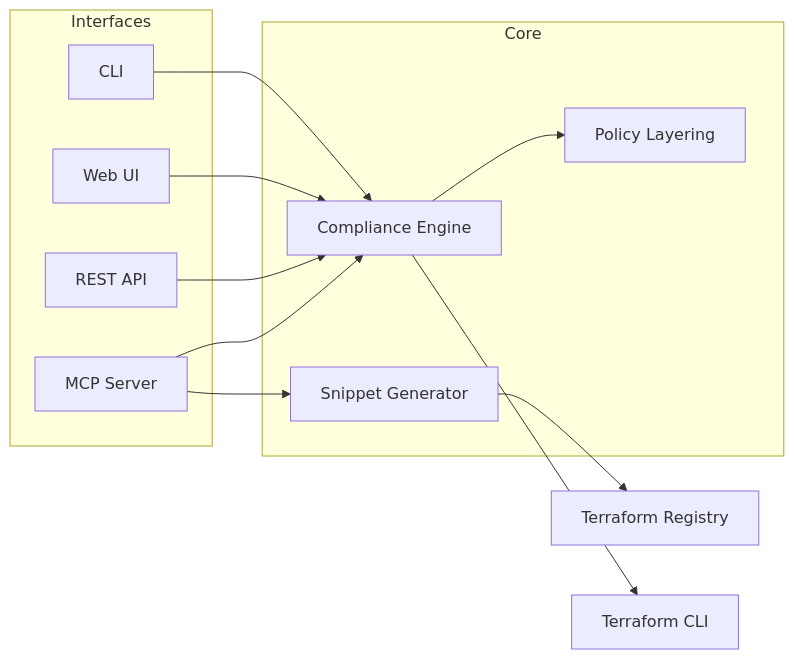
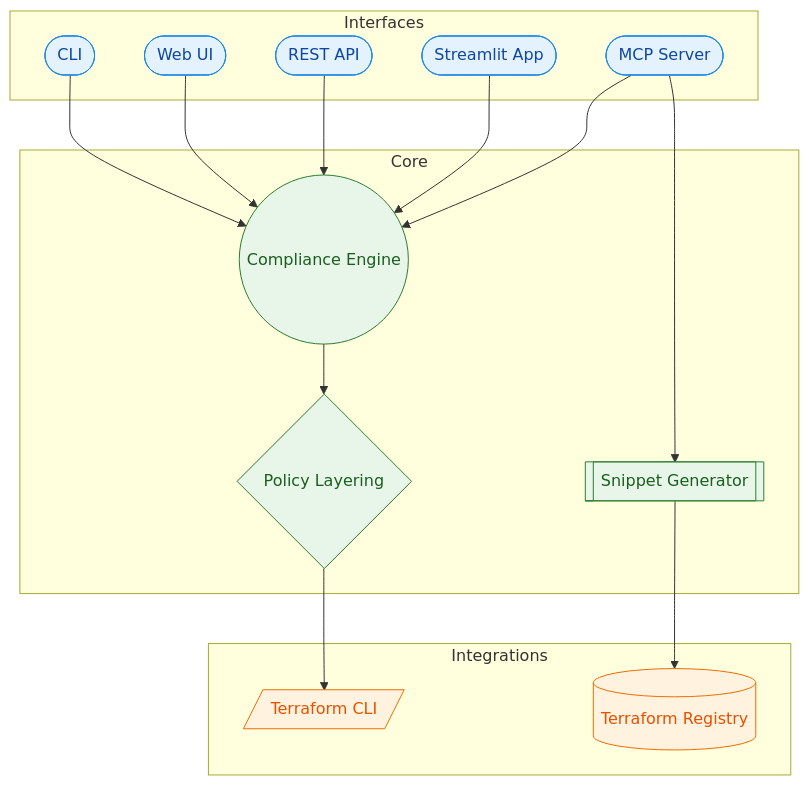
Before and after one commit to Huzefaaa2/terraform-guardrail: the third of 4 diagrams in README.md, drawn with Mermaid. The commit also changed 2 other files, not shown here.

Commit message:
Update high-level architecture diagrams

````diff
--- a/README.md
+++ b/README.md
@@ -85,27 +85,38 @@
 ```mermaid
-flowchart LR
+flowchart TB
     subgraph Interfaces
-        CLI[CLI]
-        MCP[MCP Server]
-        WEB[Web UI]
-        API[REST API]
+        CLI([CLI])
+        MCP([MCP Server])
+        WEB([Web UI])
+        API([REST API])
+        STL([Streamlit App])
     end
 
     subgraph Core
-        SCAN[Compliance Engine]
-        GEN[Snippet Generator]
-        POLICY[Policy Layering]
+        SCAN((Compliance Engine))
+        GEN[[Snippet Generator]]
+        POLICY{Policy Layering}
     end
 
-    REG[Terraform Registry]
-    TF[Terraform CLI]
+    subgraph Integrations
+        TF[/Terraform CLI/]
+        REG[(Terraform Registry)]
+    end
 
     CLI --> SCAN
     WEB --> SCAN
     API --> SCAN
+    STL --> SCAN
     MCP --> SCAN
     MCP --> GEN
-    SCAN --> TF
+    SCAN --> POLICY --> TF
     GEN --> REG
-    SCAN --> POLICY
+
+    classDef interface fill:#e3f2fd,stroke:#1e88e5,stroke-width:1px,color:#0d47a1;
+    classDef core fill:#e8f5e9,stroke:#2e7d32,stroke-width:1px,color:#1b5e20;
+    classDef integration fill:#fff3e0,stroke:#ef6c00,stroke-width:1px,color:#e65100;
+
+    class CLI,MCP,WEB,API,STL interface;
+    class SCAN,GEN,POLICY core;
+    class TF,REG integration;
 ```
````
